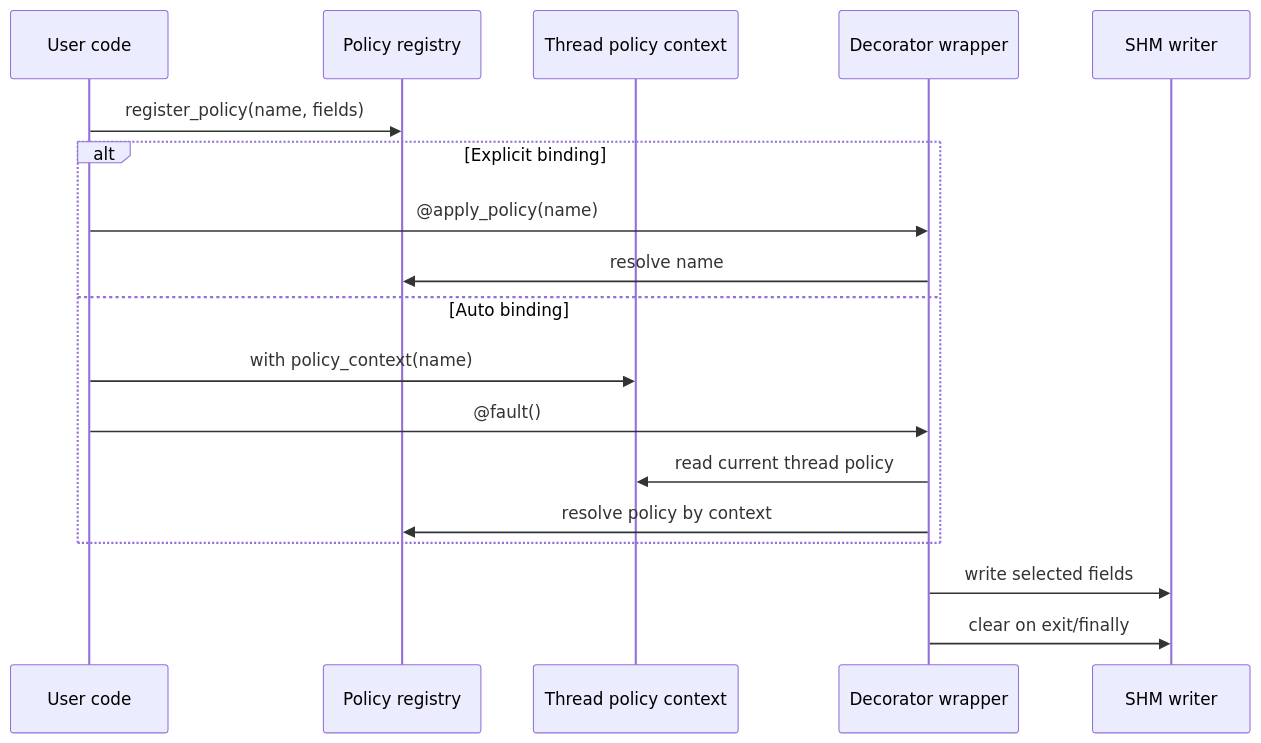
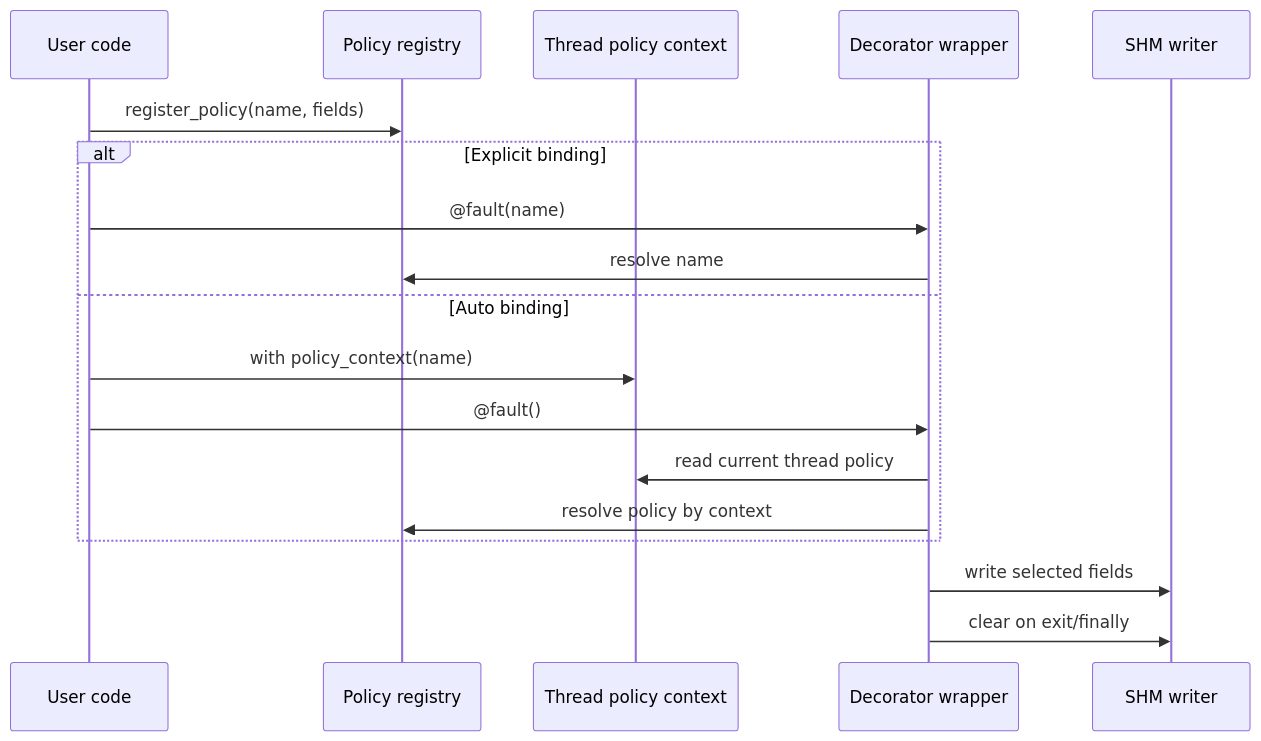
The diagram in docs/policies_and_context.md (albertobadia/faultcore), drawn with Mermaid before and after one commit. The commit also changed other lines of this file and 8 other files, not shown here.

````diff
--- a/docs/policies_and_context.md
+++ b/docs/policies_and_context.md
@@ -23,21 +25,21 @@
 ```mermaid
 sequenceDiagram
     participant User as User code
     participant Reg as Policy registry
     participant Ctx as Thread policy context
     participant Wrap as Decorator wrapper
     participant SHM as SHM writer
 
     User->>Reg: register_policy(name, fields)
     alt Explicit binding
-        User->>Wrap: @apply_policy(name)
+        User->>Wrap: @fault(name)
         Wrap->>Reg: resolve name
     else Auto binding
         User->>Ctx: with policy_context(name)
         User->>Wrap: @fault()
         Wrap->>Ctx: read current thread policy
         Wrap->>Reg: resolve policy by context
     end
     Wrap->>SHM: write selected fields
     Wrap->>SHM: clear on exit/finally
 ```
````
